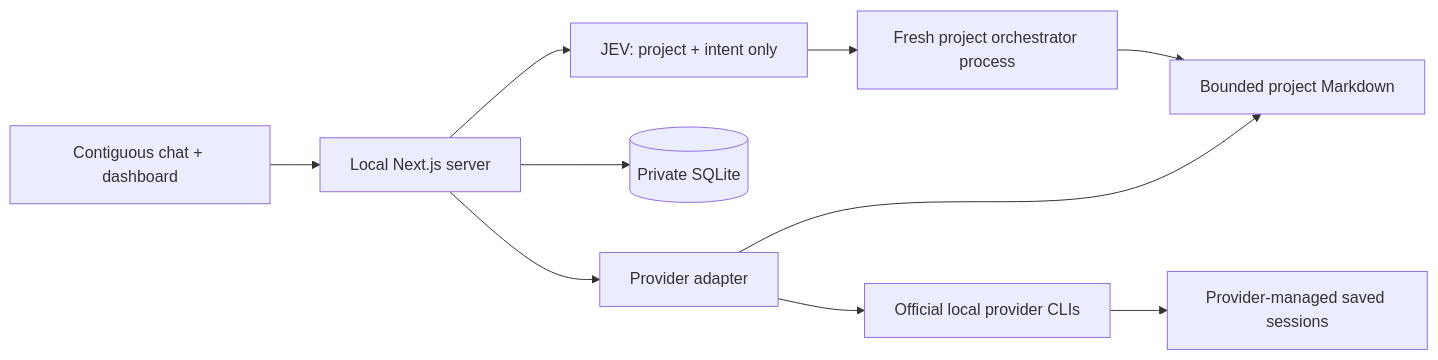
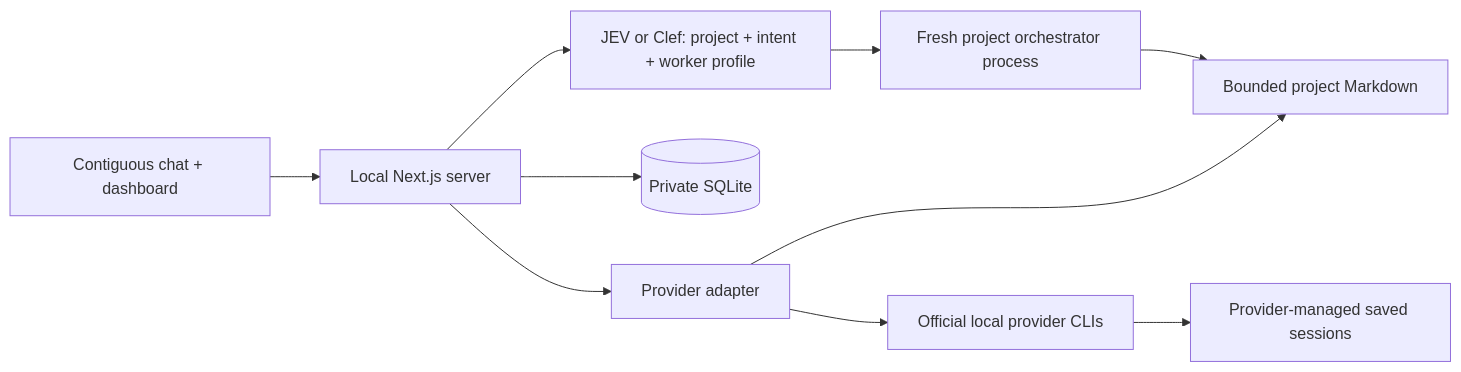
The diagram in README.md (ChaseC-130/crouter), drawn with Mermaid before and after one commit. The commit also changed other lines of this file and 54 other files, not shown here.

````diff
--- a/README.md
+++ b/README.md
@@ -66,12 +108,12 @@
 ```mermaid
 flowchart LR
   UI[Contiguous chat + dashboard] --> API[Local Next.js server]
-  API --> JEV[JEV: project + intent only]
+  API --> Router[JEV or Clef: project + intent + worker profile]
   API --> DB[(Private SQLite)]
-  JEV --> O[Fresh project orchestrator process]
+  Router --> O[Fresh project orchestrator process]
   O --> MD[Bounded project Markdown]
   API --> A[Provider adapter]
   A --> C[Official local provider CLIs]
   C --> S[Provider-managed saved sessions]
   A --> MD
 ```
````
